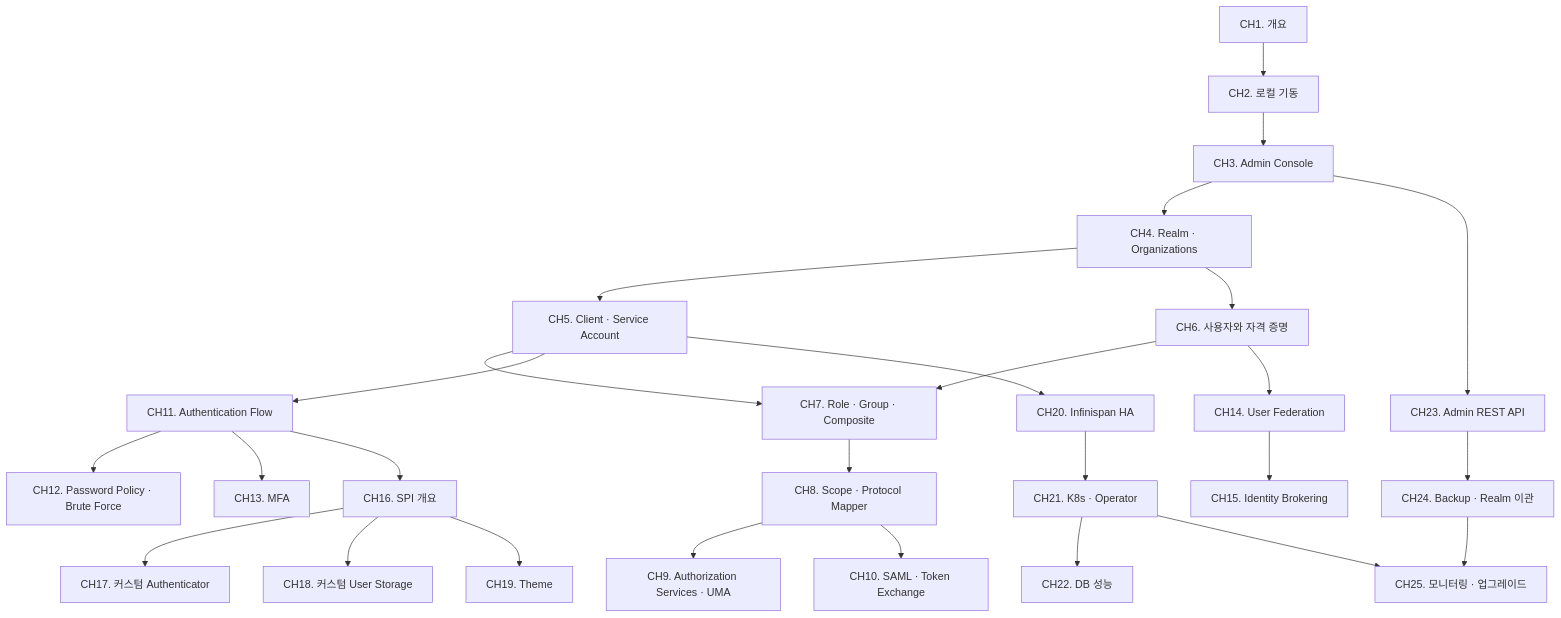
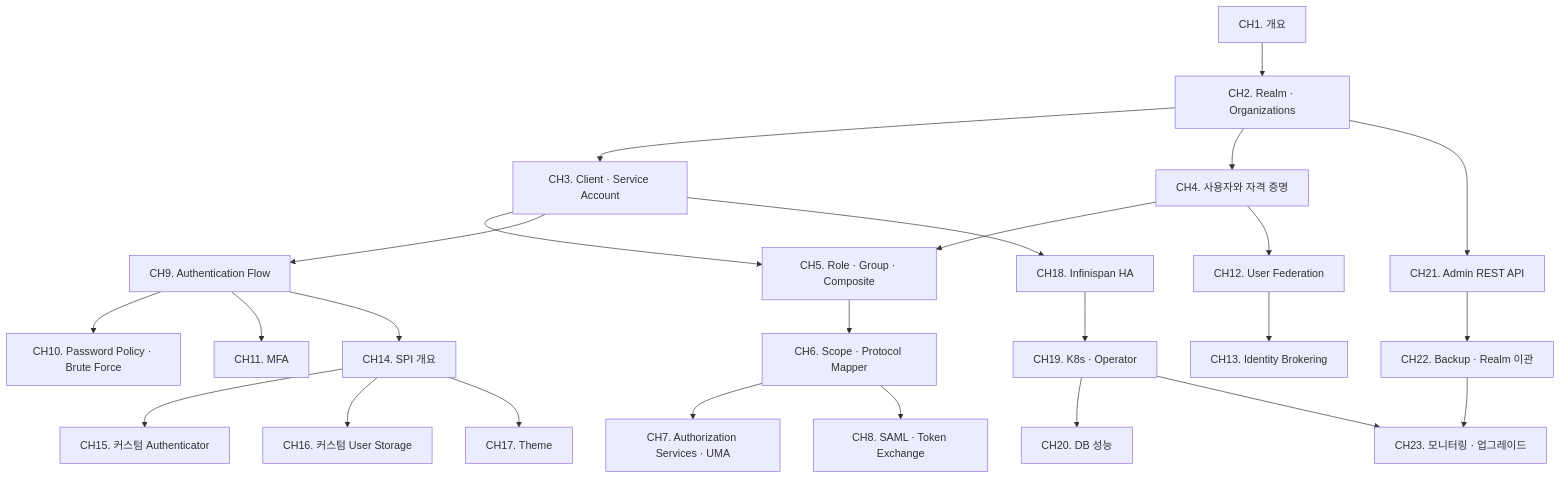
The diagram in docs/_study/keycloak/README.md (hobeen-kim/hobeen-kim.github.io), drawn with Mermaid before and after one commit. The commit also changed other lines of this file and 26 other files, not shown here.

````diff
--- a/docs/_study/keycloak/README.md
+++ b/docs/_study/keycloak/README.md
@@ -18,29 +18,27 @@
 ```mermaid
 flowchart TD
-    CH1[CH1. 개요] --> CH2[CH2. 로컬 기동]
-    CH2 --> CH3[CH3. Admin Console]
-    CH3 --> CH4[CH4. Realm · Organizations]
-    CH4 --> CH5[CH5. Client · Service Account]
-    CH4 --> CH6[CH6. 사용자와 자격 증명]
-    CH5 --> CH7[CH7. Role · Group · Composite]
-    CH6 --> CH7
-    CH7 --> CH8[CH8. Scope · Protocol Mapper]
-    CH8 --> CH9[CH9. Authorization Services · UMA]
-    CH8 --> CH10[CH10. SAML · Token Exchange]
-    CH5 --> CH11[CH11. Authentication Flow]
-    CH11 --> CH12[CH12. Password Policy · Brute Force]
-    CH11 --> CH13[CH13. MFA]
-    CH6 --> CH14[CH14. User Federation]
-    CH14 --> CH15[CH15. Identity Brokering]
-    CH11 --> CH16[CH16. SPI 개요]
-    CH16 --> CH17[CH17. 커스텀 Authenticator]
-    CH16 --> CH18[CH18. 커스텀 User Storage]
-    CH16 --> CH19[CH19. Theme]
-    CH5 --> CH20[CH20. Infinispan HA]
-    CH20 --> CH21[CH21. K8s · Operator]
-    CH21 --> CH22[CH22. DB 성능]
-    CH3 --> CH23[CH23. Admin REST API]
-    CH23 --> CH24[CH24. Backup · Realm 이관]
-    CH21 --> CH25[CH25. 모니터링 · 업그레이드]
-    CH24 --> CH25
+    CH1[CH1. 개요] --> CH2[CH2. Realm · Organizations]
+    CH2 --> CH3[CH3. Client · Service Account]
+    CH2 --> CH4[CH4. 사용자와 자격 증명]
+    CH3 --> CH5[CH5. Role · Group · Composite]
+    CH4 --> CH5
+    CH5 --> CH6[CH6. Scope · Protocol Mapper]
+    CH6 --> CH7[CH7. Authorization Services · UMA]
+    CH6 --> CH8[CH8. SAML · Token Exchange]
+    CH3 --> CH9[CH9. Authentication Flow]
+    CH9 --> CH10[CH10. Password Policy · Brute Force]
+    CH9 --> CH11[CH11. MFA]
+    CH4 --> CH12[CH12. User Federation]
+    CH12 --> CH13[CH13. Identity Brokering]
+    CH9 --> CH14[CH14. SPI 개요]
+    CH14 --> CH15[CH15. 커스텀 Authenticator]
+    CH14 --> CH16[CH16. 커스텀 User Storage]
+    CH14 --> CH17[CH17. Theme]
+    CH3 --> CH18[CH18. Infinispan HA]
+    CH18 --> CH19[CH19. K8s · Operator]
+    CH19 --> CH20[CH20. DB 성능]
+    CH2 --> CH21[CH21. Admin REST API]
+    CH21 --> CH22[CH22. Backup · Realm 이관]
+    CH19 --> CH23[CH23. 모니터링 · 업그레이드]
+    CH22 --> CH23
 ```
````
